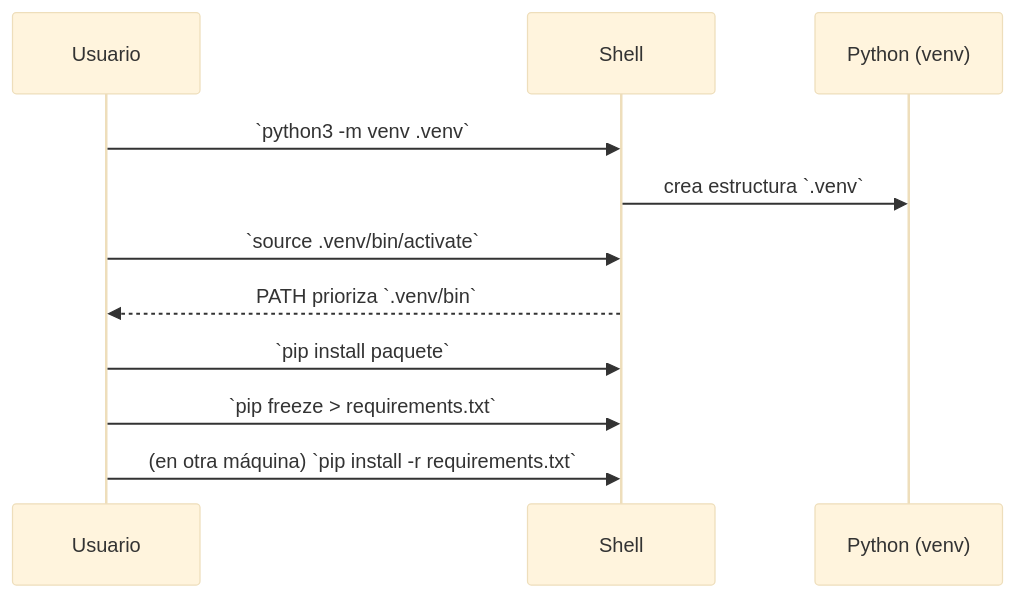
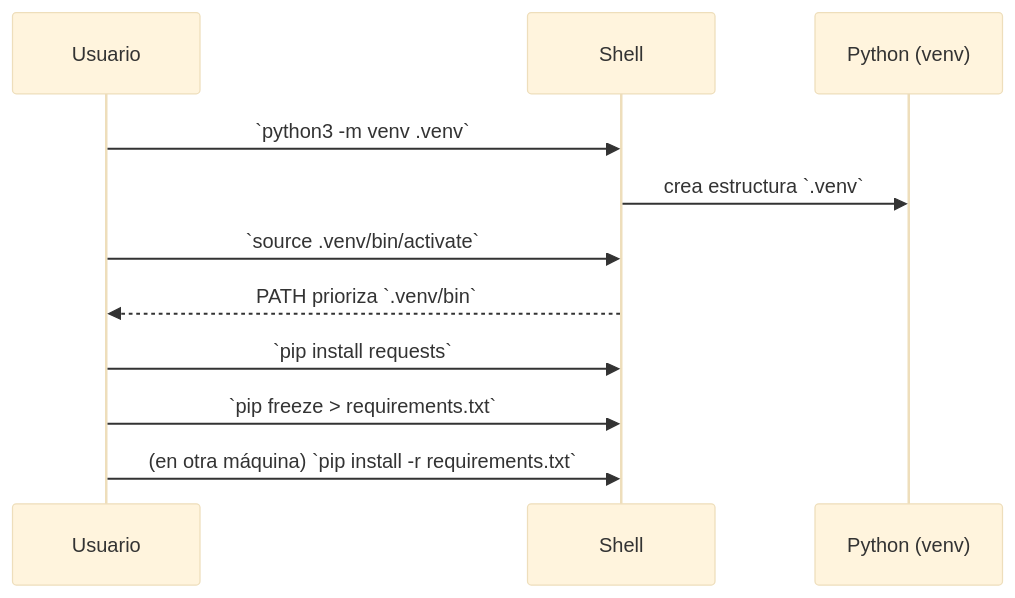
Before and after one commit to tbooms1512/tomasbooms: the fourth of 5 diagrams in professor/python_env/README.md, drawn with Mermaid (base theme). The commit also changed other lines of this file and 2 other files, not shown here.

````diff
--- a/professor/python_env/README.md
+++ b/professor/python_env/README.md
@@ -258,13 +258,13 @@
 ```mermaid
 sequenceDiagram
     participant U as Usuario
     participant SH as Shell
     participant PY as Python (venv)
     U->>SH: `python3 -m venv .venv`
     SH->>PY: crea estructura `.venv`
     U->>SH: `source .venv/bin/activate`
     SH-->>U: PATH prioriza `.venv/bin`
-    U->>SH: `pip install paquete`
+    U->>SH: `pip install requests`
     U->>SH: `pip freeze > requirements.txt`
     U->>SH: (en otra máquina) `pip install -r requirements.txt`
 ```
````
